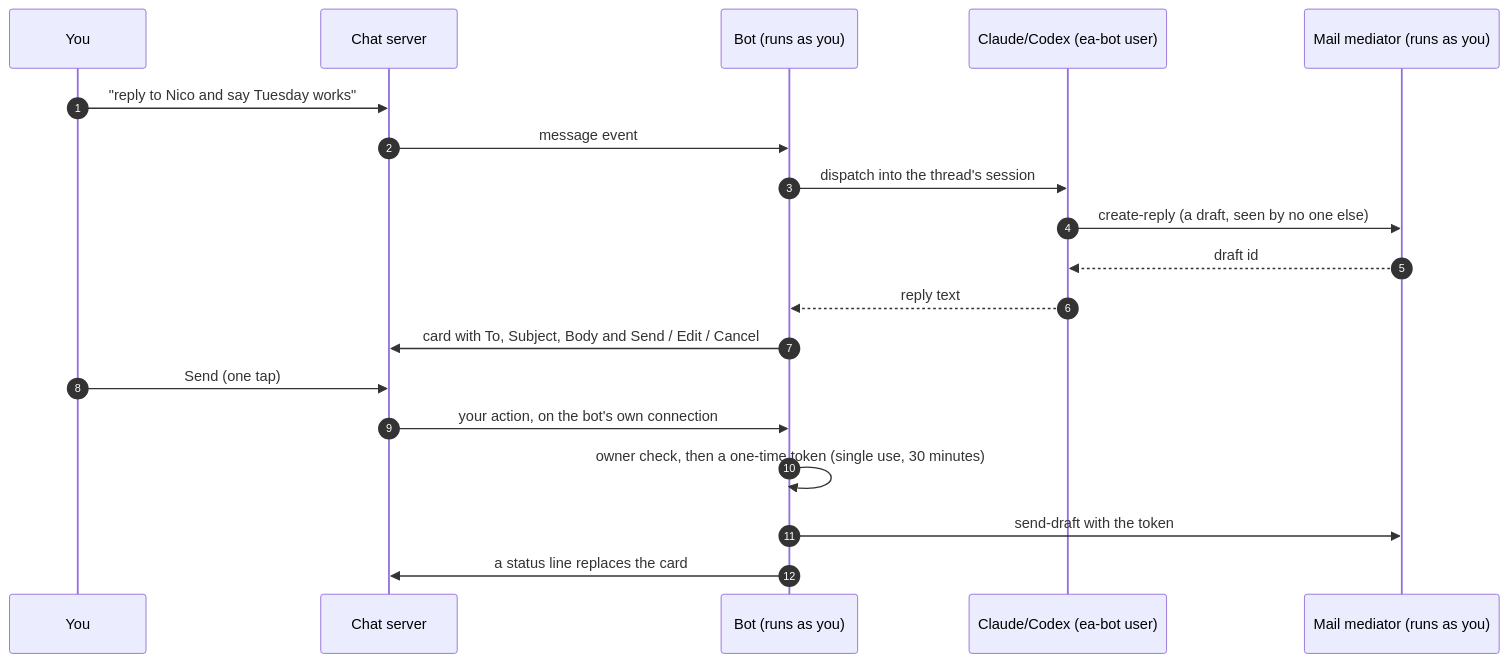
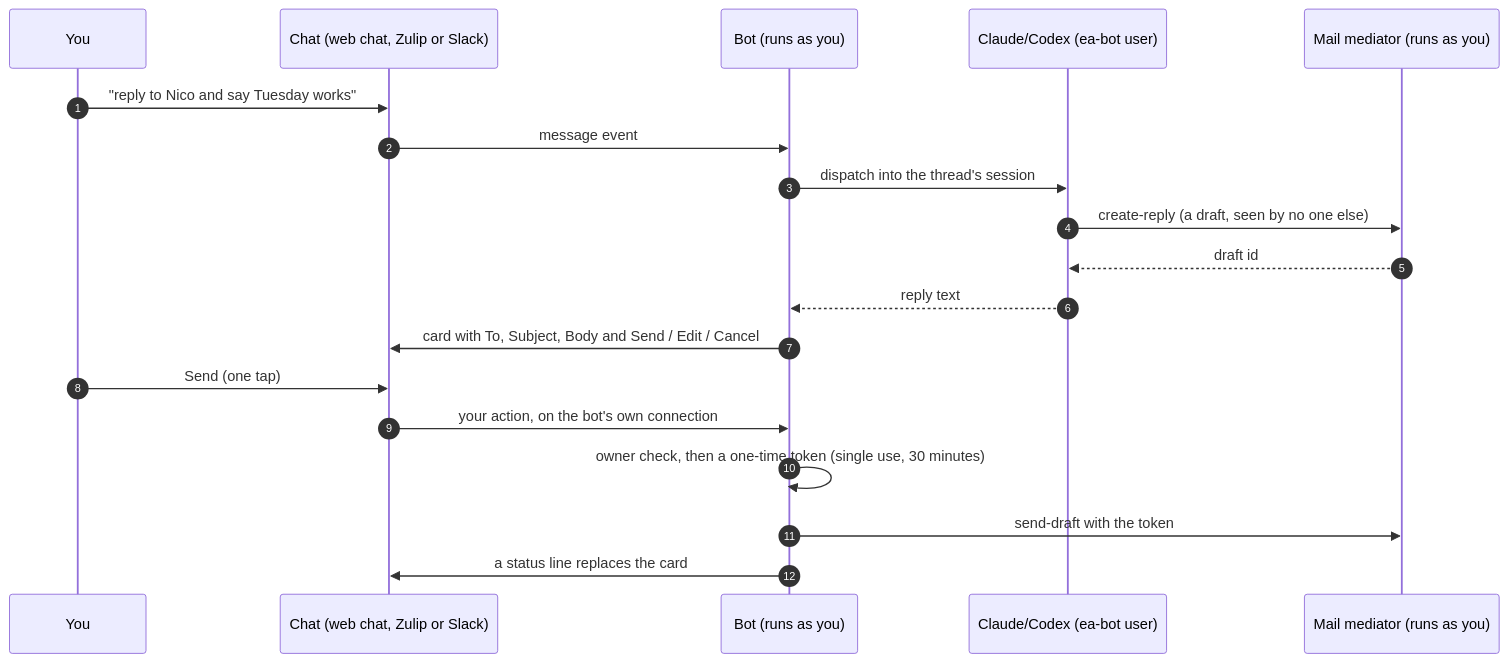
The first of 2 diagrams in README.md (arpg/tacitus), drawn with Mermaid before and after one commit. The commit also changed other lines of this file and 4 other files, not shown here.

````diff
--- a/README.md
+++ b/README.md
@@ -93,21 +166,21 @@
 ```mermaid
 sequenceDiagram
     autonumber
     participant You
-    participant Chat as Chat server
+    participant Chat as Chat (web chat, Zulip or Slack)
     participant Bot as Bot (runs as you)
     participant LLM as Claude/Codex (ea-bot user)
     participant Mail as Mail mediator (runs as you)
     You->>Chat: "reply to Nico and say Tuesday works"
     Chat->>Bot: message event
     Bot->>LLM: dispatch into the thread's session
     LLM->>Mail: create-reply (a draft, seen by no one else)
     Mail-->>LLM: draft id
     LLM-->>Bot: reply text
     Bot->>Chat: card with To, Subject, Body and Send / Edit / Cancel
     You->>Chat: Send (one tap)
     Chat->>Bot: your action, on the bot's own connection
     Bot->>Bot: owner check, then a one-time token (single use, 30 minutes)
     Bot->>Mail: send-draft with the token
     Bot->>Chat: a status line replaces the card
 ```
````
